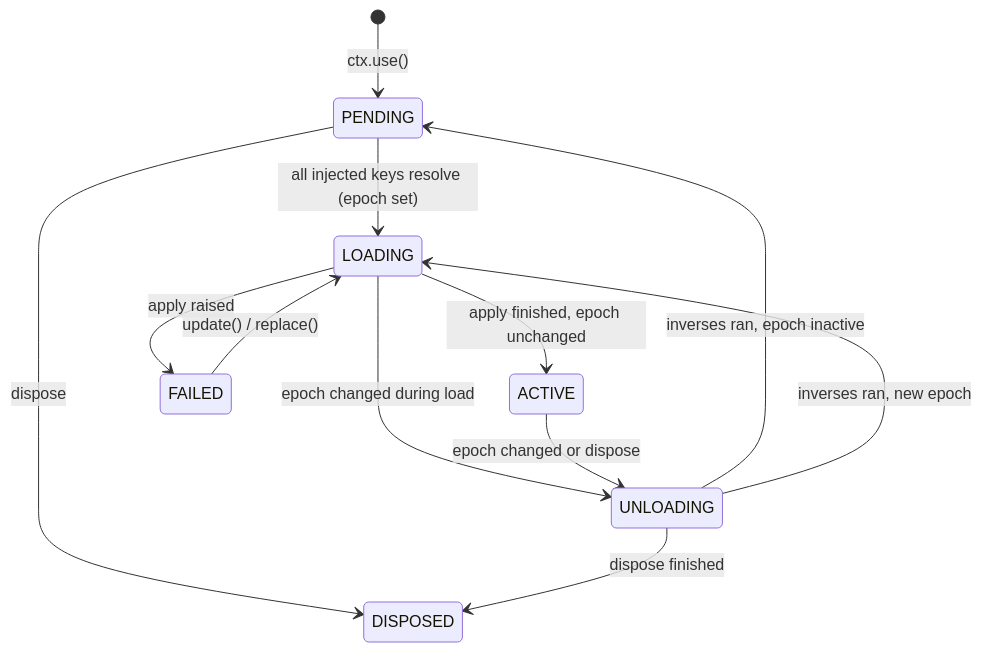
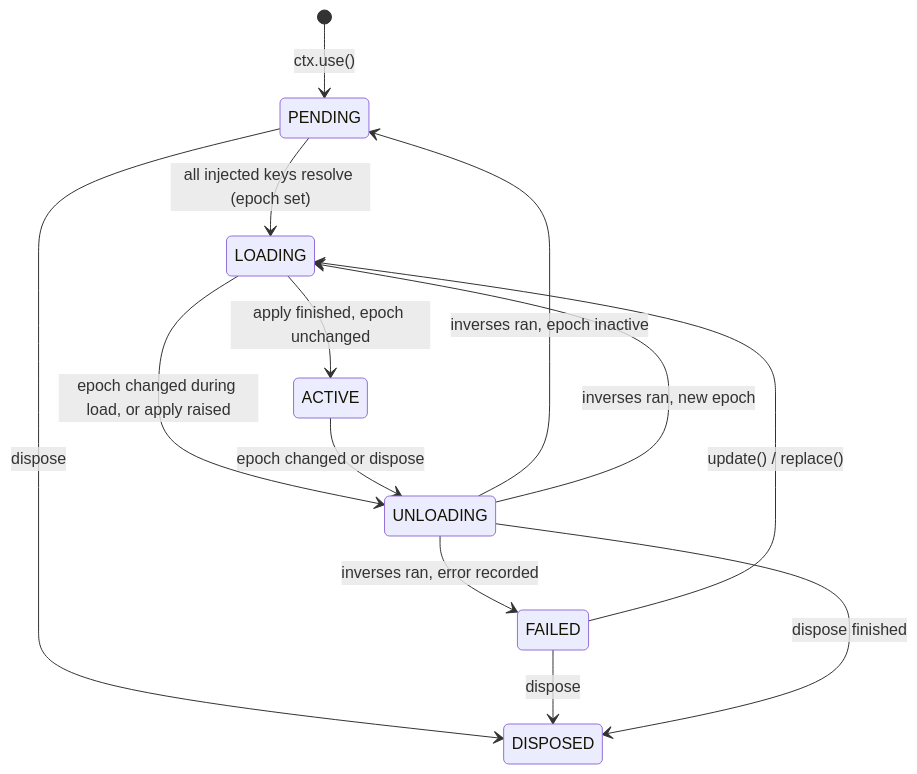
Before and after one commit to uclatommy/pycordis: the second of 2 diagrams in docs/build_specs/core_port.md, drawn with Mermaid. The commit also changed other lines of this file, not shown here.

````diff
--- a/docs/build_specs/core_port.md
+++ b/docs/build_specs/core_port.md
@@ -80,14 +86,15 @@
 ```mermaid
 stateDiagram-v2
     [*] --> PENDING: ctx.use()
     PENDING --> LOADING: all injected keys resolve (epoch set)
     LOADING --> ACTIVE: apply finished, epoch unchanged
-    LOADING --> UNLOADING: epoch changed during load
-    LOADING --> FAILED: apply raised
+    LOADING --> UNLOADING: epoch changed during load, or apply raised
     ACTIVE --> UNLOADING: epoch changed or dispose
     UNLOADING --> PENDING: inverses ran, epoch inactive
     UNLOADING --> LOADING: inverses ran, new epoch
+    UNLOADING --> FAILED: inverses ran, error recorded
     FAILED --> LOADING: update() / replace()
     PENDING --> DISPOSED: dispose
+    FAILED --> DISPOSED: dispose
     UNLOADING --> DISPOSED: dispose finished
 ```
````
